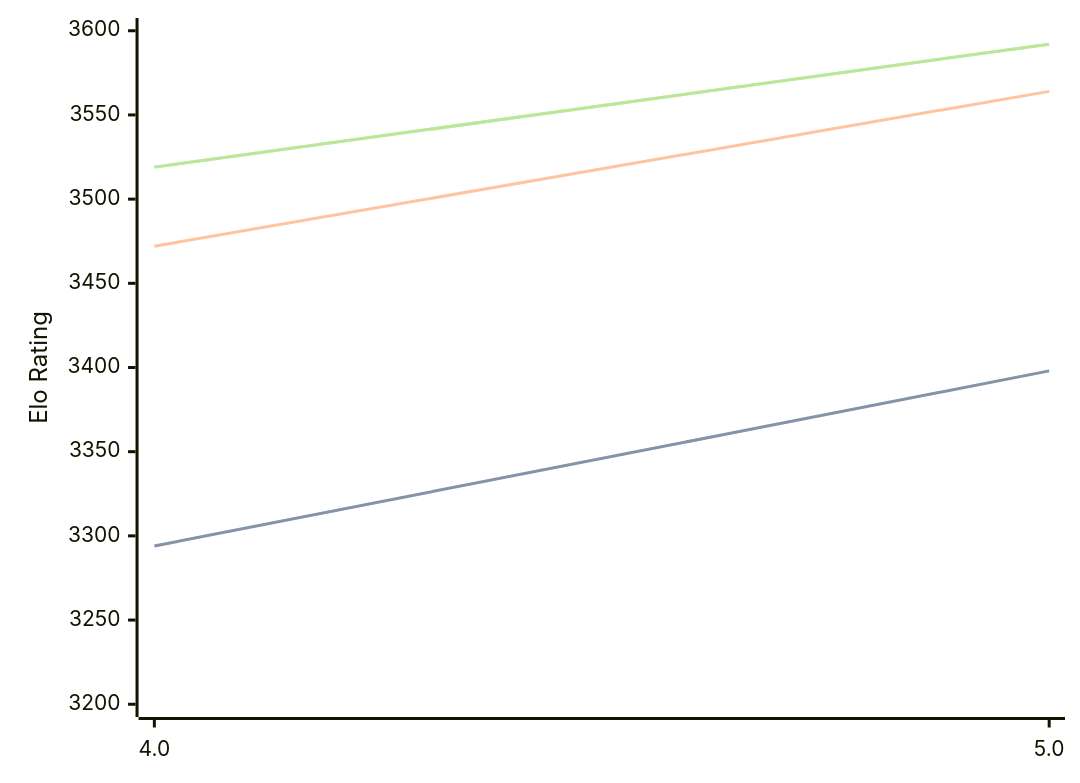
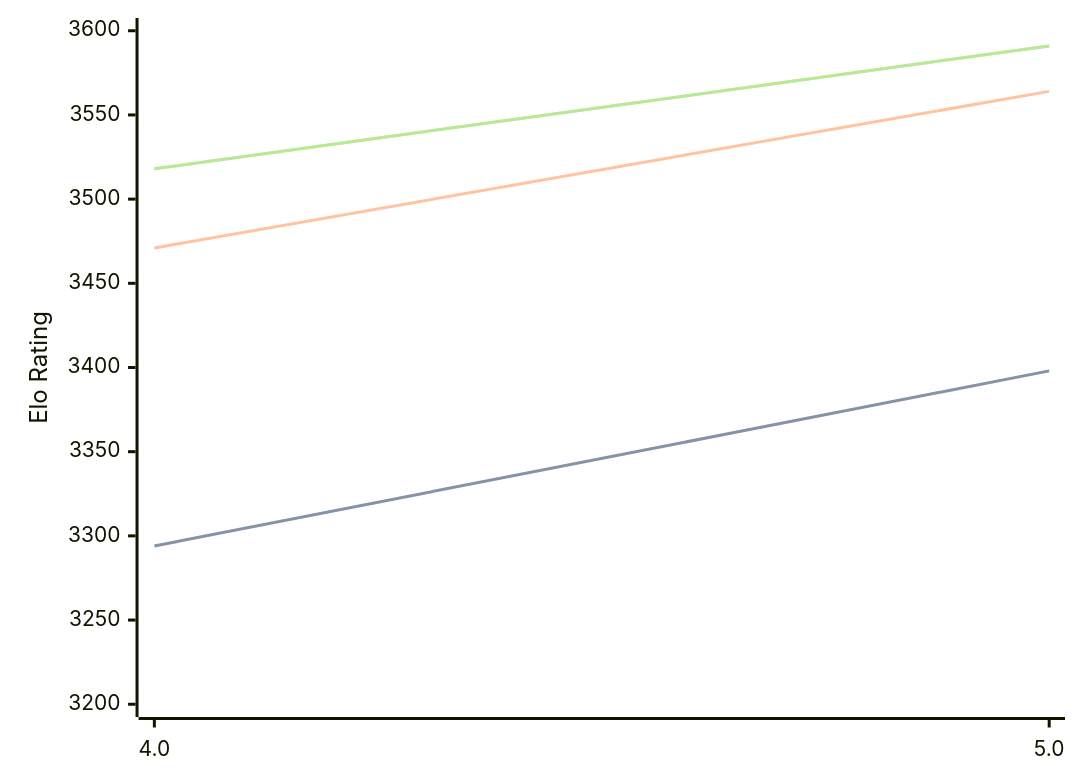
Before and after one commit to computer-chess-index/cci: the diagram in engines/Tarnished.md, drawn with Mermaid. The commit also changed other lines of this file, not shown here.

Commit message:
Update CCI Ratings (ELO VLTC) - 2026-03-09

````diff
--- a/engines/Tarnished.md
+++ b/engines/Tarnished.md
@@ -34,11 +34,11 @@
 ```mermaid
 %%{init: {"theme":"base","themeVariables":{"seriesColors:['#a3a3a3','#222221','#faa371']}}}%%
 xychart-beta
   x-axis ["4.0", "5.0"]
   y-axis "Elo Rating" 3200 --> 3600
   line "STC (8.0+0.08s)" [3294, 3398]
   line "STC (8.0+0.08s)" [3294, 3398]
-  line "LTC (60.0+0.60s)" [3472, 3564]
-  line "VLTC (2m24s+1.12s)" [3519, 3592]
-  line "VLTC (2m24s+1.12s)" [3519, 3592]
+  line "LTC (60.0+0.60s)" [3471, 3564]
+  line "VLTC (2m24s+1.12s)" [3518, 3591]
+  line "VLTC (2m24s+1.12s)" [3518, 3591]
 ```
````
